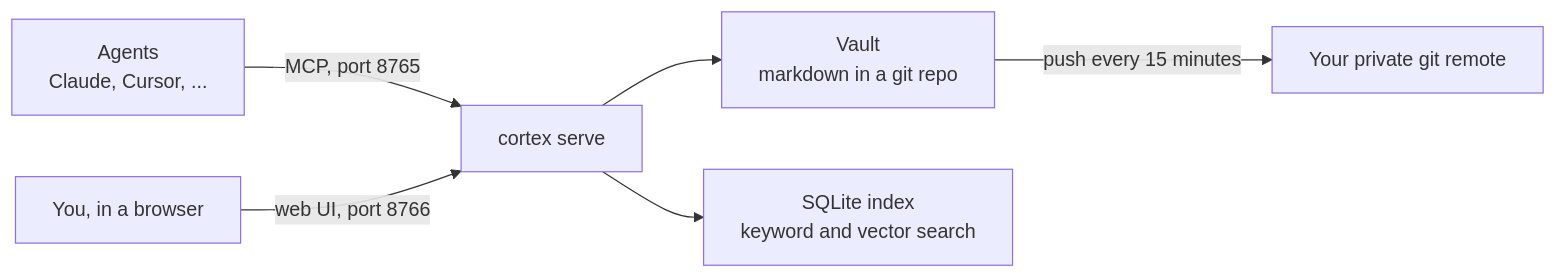
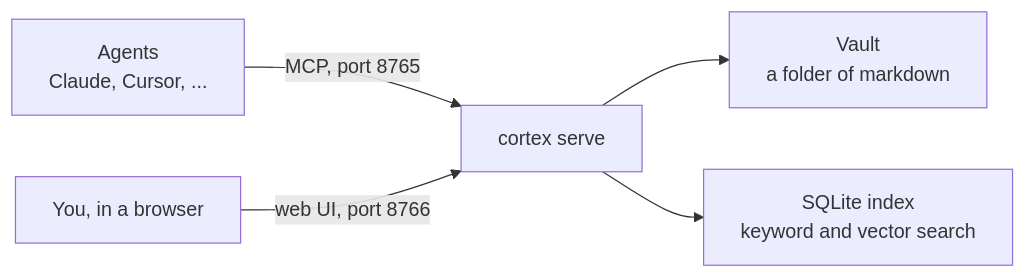
Before and after one commit to navaneethkrishna30/cortex: the diagram in README.md, drawn with Mermaid. The commit also changed other lines of this file and 21 other files, not shown here.

Commit message:
B10: keep the vault as plain files with a change log, no git

````diff
--- a/README.md
+++ b/README.md
@@ -12,8 +12,7 @@
 ```mermaid
 flowchart LR
     agents["Agents<br>Claude, Cursor, ..."] -->|"MCP, port 8765"| server["cortex serve"]
     you["You, in a browser"] -->|"web UI, port 8766"| server
-    server --> vault["Vault<br>markdown in a git repo"]
+    server --> vault["Vault<br>a folder of markdown"]
     server --> index["SQLite index<br>keyword and vector search"]
-    vault -->|"push every 15 minutes"| remote["Your private git remote"]
 ```
````
